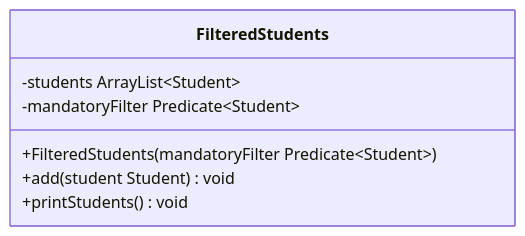
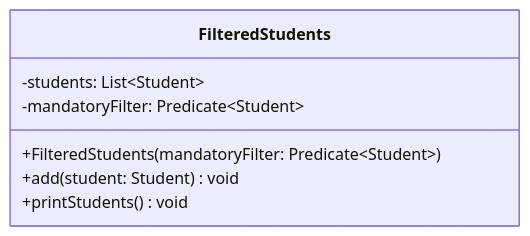
The diagram in docs/exercises/lambdas/lambdas02.mdx (jappuccini/java-docs), drawn with Mermaid before and after one commit. The commit also changed other lines of this file and 76 other files, not shown here.

Commit message:
uml fixes (colons, properties), headline fixes (italic) and exam result updates

````diff
--- a/docs/exercises/lambdas/lambdas02.mdx
+++ b/docs/exercises/lambdas/lambdas02.mdx
@@ -27,10 +27,10 @@
 ```mermaid
 classDiagram
     class FilteredStudents {
-        -students ArrayList~Student~
-        -mandatoryFilter Predicate~Student~
-        +FilteredStudents(mandatoryFilter Predicate~Student~)
-        +add(student Student) void
+        -students: List~Student~
+        -mandatoryFilter: Predicate~Student~
+        +FilteredStudents(mandatoryFilter: Predicate~Student~)
+        +add(student: Student) void
         +printStudents() void
     }
 ```
````
